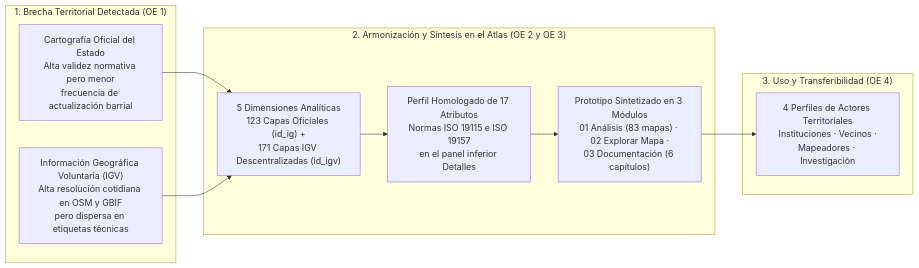
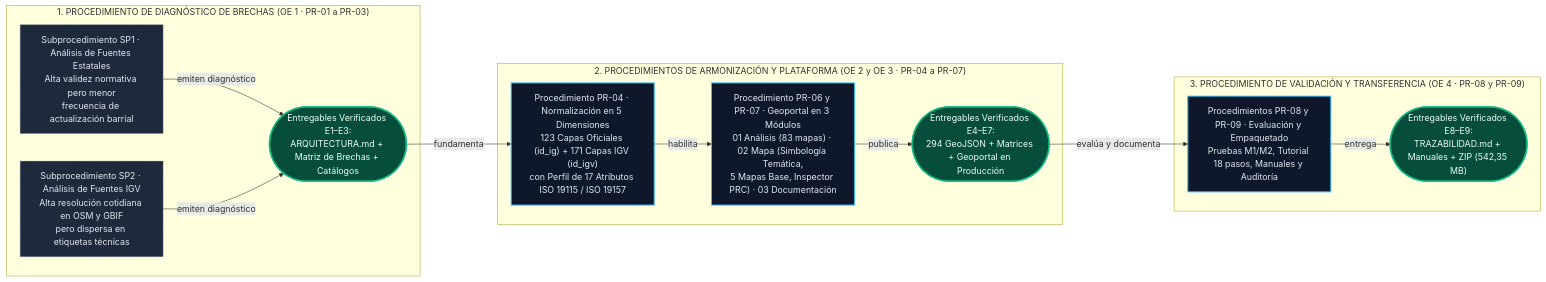
Before and after one commit to GEOJOTA/atlas-vgi-barrio-brasil: the diagram in src/docs/TRAZABILIDAD.md, drawn with Mermaid. The commit also changed other lines of this file and 44 other files, not shown here.

Commit message:
feat(atlas): lectura dinamica A/A+/A++, pausa puntual en Inspector PRC, mapa base en simbologia, capas VGI exhaustivas y flujo procedimiento-entregable (v74)

````diff
--- a/src/docs/TRAZABILIDAD.md
+++ b/src/docs/TRAZABILIDAD.md
@@ -17,19 +17,25 @@
 ```mermaid
 flowchart LR
-    subgraph PROB["1. Brecha Territorial Detectada (OE 1)"]
-        B1["Cartografía Oficial del Estado\nAlta validez normativa pero menor\nfrecuencia de actualización barrial"]
-        B2["Información Geográfica Voluntaria (IGV)\nAlta resolución cotidiana en OSM y GBIF\npero dispersa en etiquetas técnicas"]
+    classDef subproc fill:#1e293b,stroke:#94a3b8,stroke-dasharray:4 3,color:#e2e8f0
+    classDef proc fill:#0f172a,stroke:#38bdf8,stroke-width:1.8px,color:#e2e8f0
+    classDef ent fill:#064e3b,stroke:#10b981,stroke-width:2.5px,color:#ecfdf5
+
+    subgraph PROB["1. PROCEDIMIENTO DE DIAGNÓSTICO DE BRECHAS (OE 1 · PR-01 a PR-03)"]
+        B1["Subprocedimiento SP1 · Análisis de Fuentes Estatales\nAlta validez normativa pero menor\nfrecuencia de actualización barrial"]:::subproc
+        B2["Subprocedimiento SP2 · Análisis de Fuentes IGV\nAlta resolución cotidiana en OSM y GBIF\npero dispersa en etiquetas técnicas"]:::subproc
+        ENT_OE1(["Entregables Verificados E1–E3:\nARQUITECTURA.md + Matriz de Brechas + Catálogos"]):::ent
     end
 
-    subgraph SOL["2. Armonización y Síntesis en el Atlas (OE 2 y OE 3)"]
-        S1["5 Dimensiones Analíticas\n123 Capas Oficiales (id_ig) +\n171 Capas IGV Descentralizadas (id_igv)"]
-        S2["Perfil Homologado de 17 Atributos\nNormas ISO 19115 e ISO 19157\nen el panel inferior Detalles"]
-        S3["Prototipo Sintetizado en 3 Módulos\n01 Análisis (83 mapas) · 02 Explorar Mapa ·\n03 Documentación (6 capítulos)"]
+    subgraph SOL["2. PROCEDIMIENTOS DE ARMONIZACIÓN Y PLATAFORMA (OE 2 y OE 3 · PR-04 a PR-07)"]
+        S1["Procedimiento PR-04 · Normalización en 5 Dimensiones\n123 Capas Oficiales (id_ig) + 171 Capas IGV (id_igv)\ncon Perfil de 17 Atributos ISO 19115 / ISO 19157"]:::proc
+        S2["Procedimiento PR-06 y PR-07 · Geoportal en 3 Módulos\n01 Análisis (83 mapas) · 02 Mapa (Simbología Temática,\n5 Mapas Base, Inspector PRC) · 03 Documentación"]:::proc
+        ENT_OE23(["Entregables Verificados E4–E7:\n294 GeoJSON + Matrices + Geoportal en Producción"]):::ent
     end
 
-    subgraph IMP["3. Uso y Transferibilidad (OE 4)"]
-        U1["4 Perfiles de Actores Territoriales\nInstituciones · Vecinos ·\nMapeadores · Investigación"]
+    subgraph IMP["3. PROCEDIMIENTO DE VALIDACIÓN Y TRANSFERENCIA (OE 4 · PR-08 y PR-09)"]
+        U1["Procedimientos PR-08 y PR-09 · Evaluación y Empaquetado\nPruebas M1/M2, Tutorial 18 pasos, Manuales y Auditoría"]:::proc
+        ENT_OE4(["Entregables Verificados E8–E9:\nTRAZABILIDAD.md + Manuales + ZIP (542,35 MB)"]):::ent
     end
 
-    B1 & B2 --> S1 --> S2 --> S3 --> U1
+    B1 & B2 -->|"emiten diagnóstico"| ENT_OE1 -->|"fundamenta"| S1 -->|"habilita"| S2 -->|"publica"| ENT_OE23 -->|"evalúa y documenta"| U1 -->|"entrega"| ENT_OE4
 ```
````
